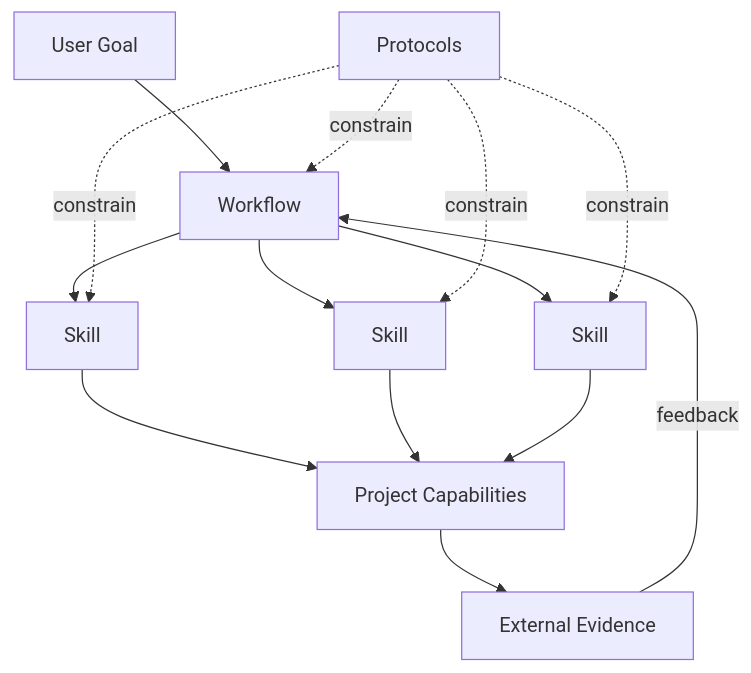
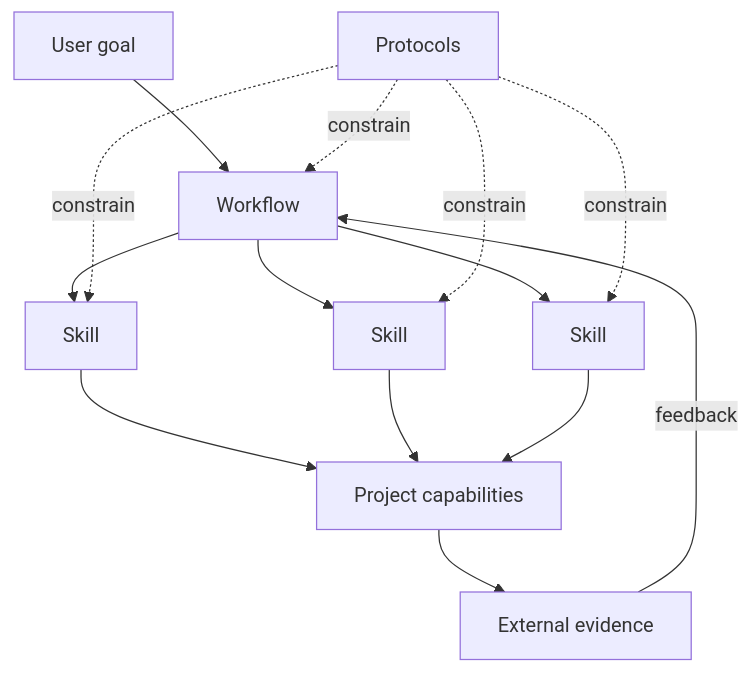
One commit to hamburger-os/PraxFlow changed the first of 3 diagrams in README.md. Above: the diagram before and after it, drawn with Mermaid. The commit also changed other lines of this file, not shown here.

Commit message:
docs: polish README and expand Mermaid diagrams

````diff
--- a/README.md
+++ b/README.md
@@ -81,16 +94,16 @@
 ```mermaid
 flowchart TD
-    G[User Goal] --> W[Workflow]
+    G[User goal] --> W[Workflow]
     W --> S1[Skill]
     W --> S2[Skill]
     W --> S3[Skill]
     P[Protocols] -. constrain .-> W
     P -. constrain .-> S1
     P -. constrain .-> S2
     P -. constrain .-> S3
-    S1 --> C[Project Capabilities]
+    S1 --> C[Project capabilities]
     S2 --> C
     S3 --> C
-    C --> E[External Evidence]
+    C --> E[External evidence]
     E -->|feedback| W
 ```
````
